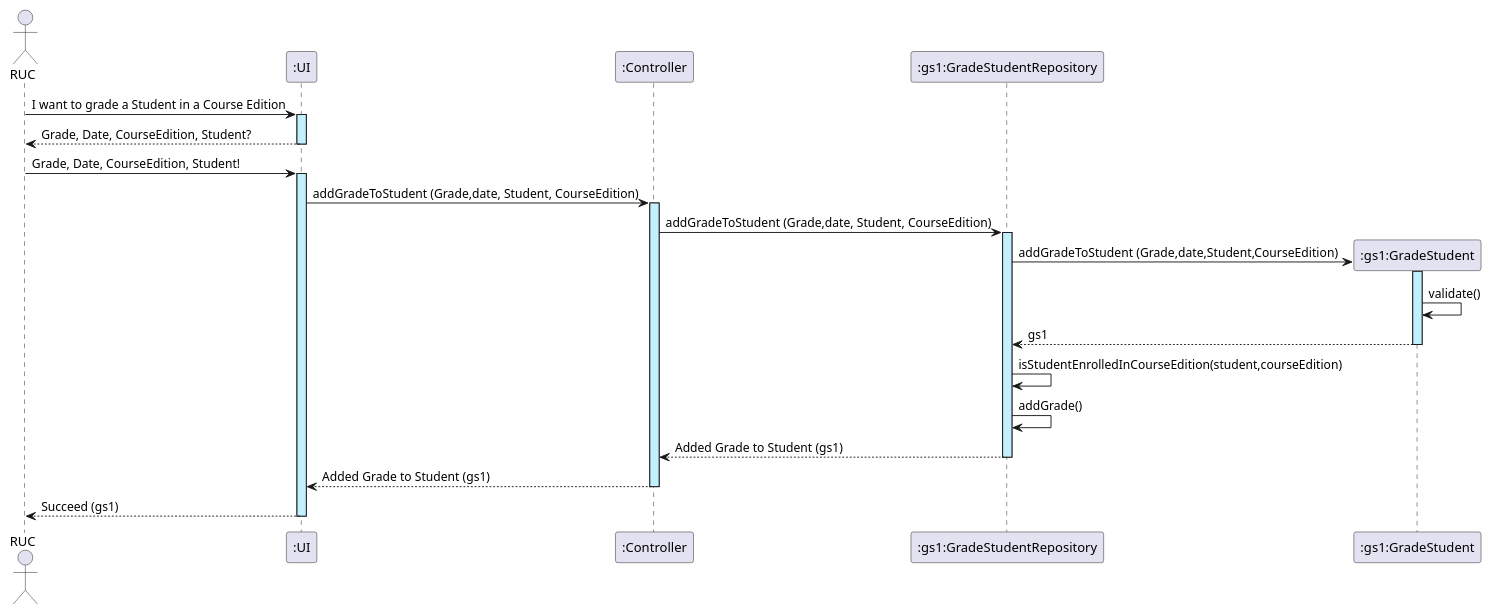
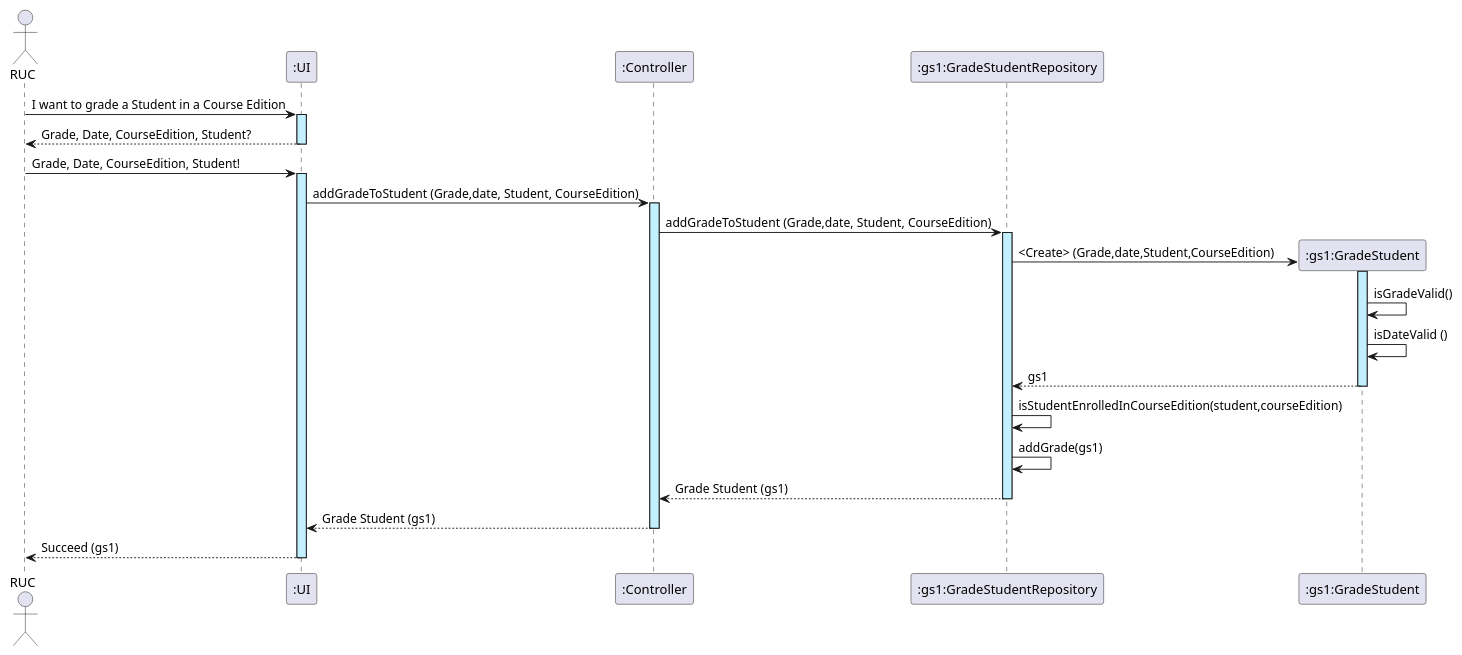
The diagram in docs/sequenceDiagrams/US22/US22_GradeAStudentInACourseEdition.puml (GasparISEP/DevOps-PAI), drawn with PlantUML before and after one commit.

Commit message:
- Update Diagram Sequence of US22

```diff
--- a/docs/sequenceDiagrams/US22/US22_GradeAStudentInACourseEdition.puml
+++ b/docs/sequenceDiagrams/US22/US22_GradeAStudentInACourseEdition.puml
@@ -1,26 +1,27 @@
 @startuml
 actor RUC
 participant ":UI" as UI
 participant ":Controller" as ctr
 participant ":gs1:GradeStudentRepository" as GR
 
 RUC -> UI ++ #application: I want to grade a Student in a Course Edition
 UI --> RUC --: Grade, Date, CourseEdition, Student?
 RUC -> UI ++ #application: Grade, Date, CourseEdition, Student!
 UI -> ctr ++ #application : addGradeToStudent (Grade,date, Student, CourseEdition)
 ctr -> GR ++ #application : addGradeToStudent (Grade,date, Student, CourseEdition)
 
 create ":gs1:GradeStudent" as gs
-GR -> gs ++ #application : addGradeToStudent (Grade,date,Student,CourseEdition)
-gs -> gs : validate()
+GR -> gs ++ #application : <Create> (Grade,date,Student,CourseEdition)
+gs -> gs : isGradeValid()
+gs -> gs : isDateValid ()
 gs --> GR -- : gs1
 
 GR -> GR : isStudentEnrolledInCourseEdition(student,courseEdition)
 
-GR -> GR : addGrade()
+GR -> GR : addGrade(gs1)
 
-GR --> ctr --: Added Grade to Student (gs1)
-ctr --> UI --: Added Grade to Student (gs1)
+GR --> ctr --: Grade Student (gs1)
+ctr --> UI --: Grade Student (gs1)
 UI --> RUC --: Succeed (gs1)
 
 @enduml
```
